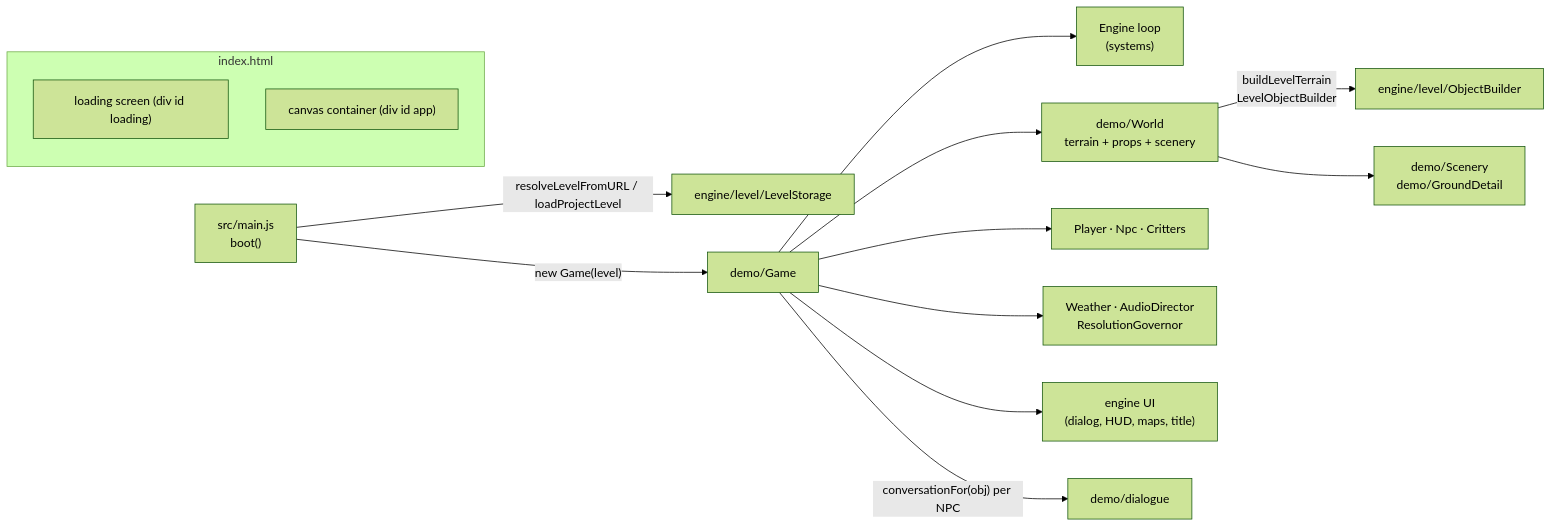
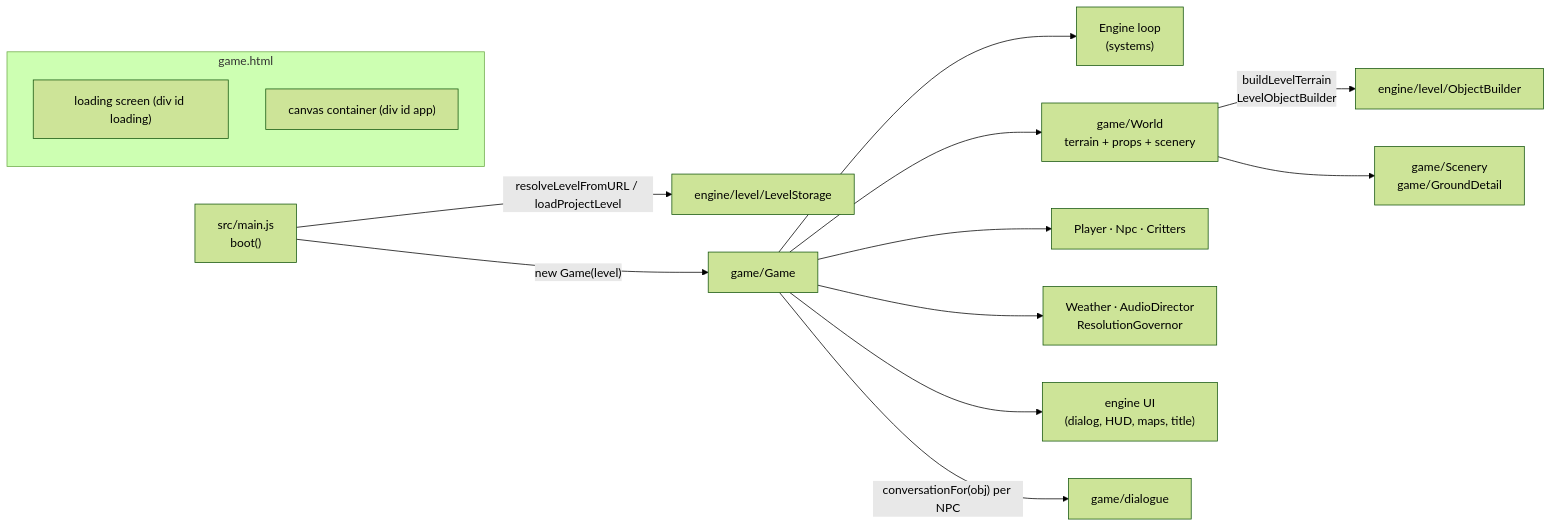
One commit to Leemonztuff/SoulDolls-Lumina changed the first of 5 diagrams in docs/architecture/GAME.md. Above: the diagram before and after it, drawn with Mermaid (forest theme). The commit also changed other lines of this file and 586 other files, not shown here.

````diff
--- a/docs/architecture/GAME.md
+++ b/docs/architecture/GAME.md
@@ -48,17 +52,17 @@
 ```mermaid
 flowchart LR
-  subgraph Page["index.html"]
+  subgraph Page["game.html"]
     L["loading screen (div id loading)"]
     APP["canvas container (div id app)"]
   end
   MAIN["src/main.js<br/>boot()"] -->|"resolveLevelFromURL / loadProjectLevel"| LS["engine/level/LevelStorage"]
-  MAIN -->|"new Game(level)"| GAME["demo/Game"]
+  MAIN -->|"new Game(level)"| GAME["game/Game"]
   GAME --> ENG["Engine loop<br/>(systems)"]
-  GAME --> WORLD["demo/World<br/>terrain + props + scenery"]
+  GAME --> WORLD["game/World<br/>terrain + props + scenery"]
   GAME --> ACT["Player · Npc · Critters"]
   GAME --> WX["Weather · AudioDirector<br/>ResolutionGovernor"]
   GAME --> UI["engine UI<br/>(dialog, HUD, maps, title)"]
   WORLD -->|"buildLevelTerrain<br/>LevelObjectBuilder"| OB["engine/level/ObjectBuilder"]
-  WORLD --> SC["demo/Scenery<br/>demo/GroundDetail"]
-  GAME -->|"conversationFor(obj) per NPC"| DLG["demo/dialogue"]
+  WORLD --> SC["game/Scenery<br/>game/GroundDetail"]
+  GAME -->|"conversationFor(obj) per NPC"| DLG["game/dialogue"]
 ```
````
